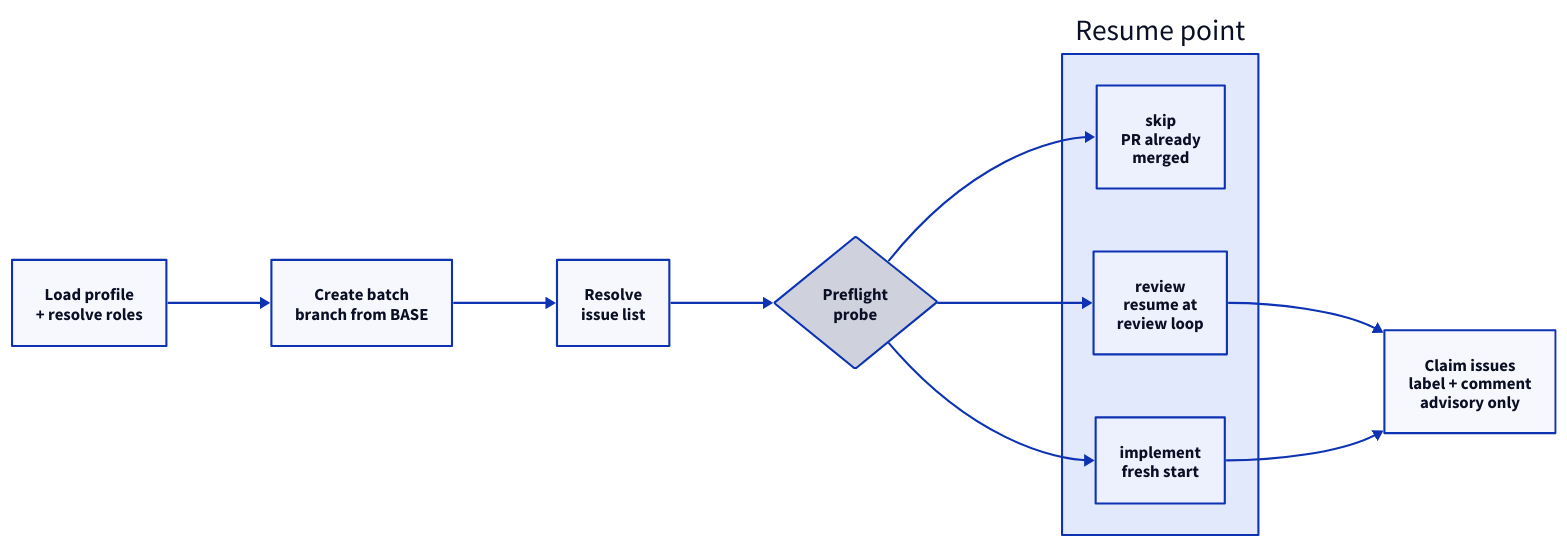
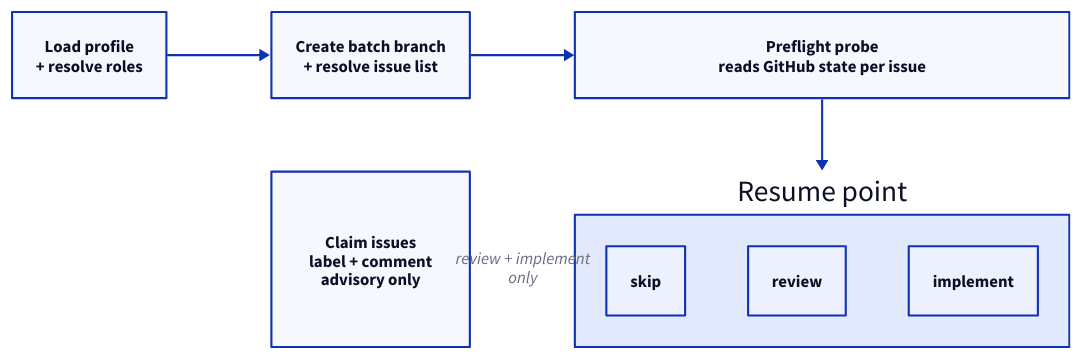
Before and after one commit to aaddrick/ticketmill: the diagram in docs/diagrams/phase-select.d2, drawn with D2. The commit also changed 22 other files, not shown here.

```diff
--- a/docs/diagrams/phase-select.d2
+++ b/docs/diagrams/phase-select.d2
@@ -1,39 +1,53 @@
-# Select phase: everything that happens once, before the worker pool starts.
+# Select phase: everything that happens once, before the pool starts.
 #
-# Rank count is the thing to watch when editing. Every sequential stage adds a
-# fixed ~70px of inter-rank spacing on top of its own width, so an eight-stage
-# row renders ~2300px wide and GitHub scales it down until the text is
-# unreadable. Merge adjacent bookkeeping stages rather than adding ranks, and
-# keep label lines short — box width tracks the longest line.
+# GRID SNAKE. Reading order is boustrophedon: row 1 left-to-right, then the
+# flow drops straight down the LAST column and the next row reads back
+# right-to-left.
+#
+# Why a grid and not a layout engine: neither bundled engine can wrap a long
+# chain into rows. d2 does not expose ELK's `wrapping.strategy`, and a
+# `direction` set on a container is ignored by both dagre and ELK. Grid
+# placement is the only way to fold a chain, and it fills row-major over the
+# declaration order below.
+#
+# THE DIAGONAL RULE: grid connections are center-to-center straight segments
+# with no path-finding. An edge is orthogonal only if its two cells share a row
+# or a column, and only if they are neighbours -- an edge spanning two cells in
+# a row draws straight THROUGH the cell between them. Everything else is a
+# diagonal. Place nodes so every edge joins neighbours.
+#
+# Grid columns share a width, so one wide cell widens its whole column.
+#
+# Spacer cells (`sp*`) are invisible padding that push the wrap into the right
+# column. They are load-bearing -- deleting one reflows the entire grid.
 
-direction: right
+grid-rows: 2
+grid-columns: 3
+horizontal-gap: 100
+vertical-gap: 70
 
+# row 1, left to right
 prof: "Load profile\n+ resolve roles" { class: stage }
-branch: "Create batch\nbranch from BASE" { class: stage }
-list: "Resolve\nissue list" { class: stage }
-
-probe: "Preflight\nprobe" {
-  class: gate
-  shape: diamond
+prep: "Create batch branch\n+ resolve issue list" { class: stage }
+probe: "Preflight probe\nreads GitHub state per issue" { class: gate }
+# row 2, right to left
+sp1: "" { style.opacity: 0 }
+claim: "Claim issues\nlabel + comment\nadvisory only" { class: stage }
+# A container as a grid cell: its children lay out side by side, which is what
+# a three-way branch needs -- a fan-out cannot be drawn orthogonally as three
+# sibling cells, since only one of them can share a column with the probe.
+#
+# Keep these labels to one short word. A grid column takes the width of its
+# widest cell, so every character here also stretches the Preflight probe box
+# sitting above it. The three outcomes are spelled out in ARCHITECTURE.md.
+routes: "Resume point" {
+  class: phase
+  skip: "skip" { class: terminal }
+  review: "review" { class: optional }
+  impl: "implement" { class: stage }
 }
 
-routes: "Resume point" {
-  class: phase
-
-  skip: "skip\nPR already\nmerged" { class: terminal }
-  review: "review\nresume at\nreview loop" { class: optional }
-  impl: "implement\nfresh start" { class: stage }
-}
-
-claim: "Claim issues\nlabel + comment\nadvisory only" { class: stage }
-
-prof -> branch: { class: flow }
-branch -> list: { class: flow }
-list -> probe: { class: flow }
-
-probe -> routes.skip: { class: flow }
-probe -> routes.review: { class: flow }
-probe -> routes.impl: { class: flow }
-
-routes.review -> claim: { class: flow }
-routes.impl -> claim: { class: flow }
+prof -> prep: { class: flow }
+prep -> probe: { class: flow }
+probe -> routes: { class: flow }
+routes -> claim: "review + implement\nonly" { class: flow }
```
